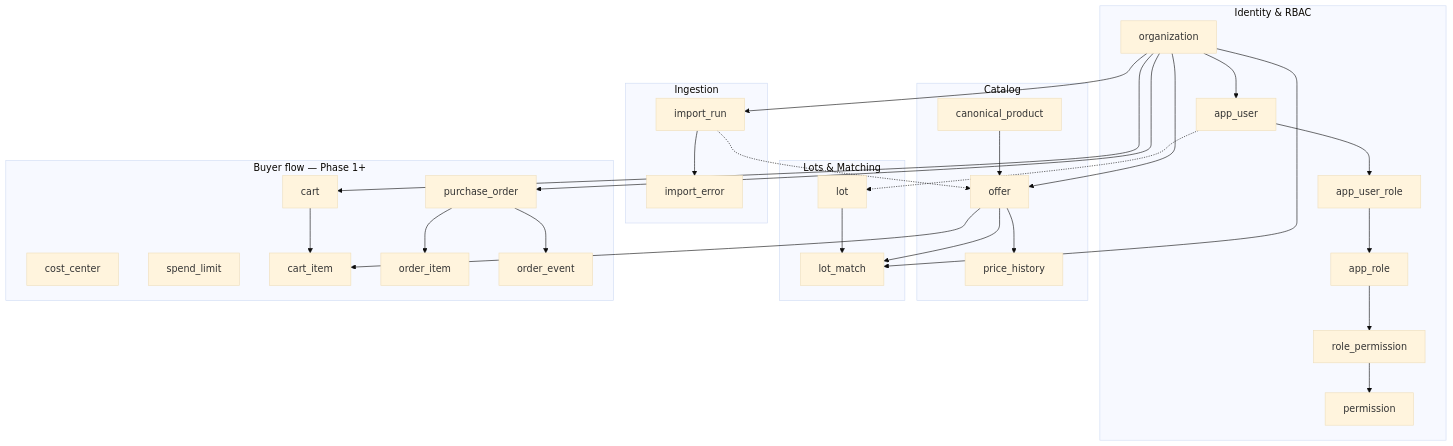
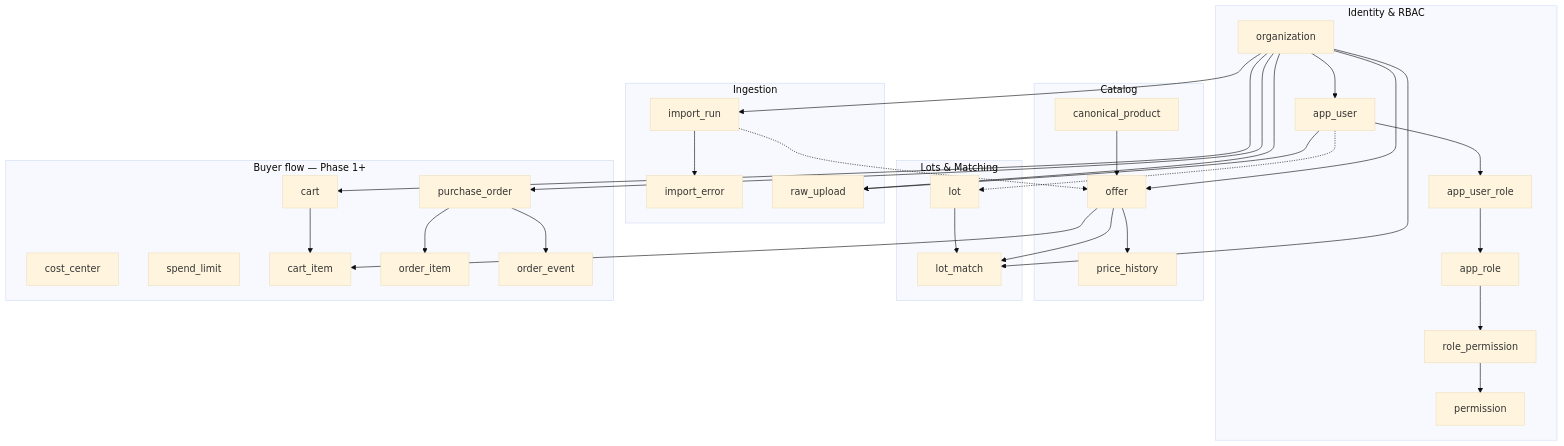
Before and after one commit to sauda-kz/sauda: the first of 2 diagrams in docs/er-diagram.md, drawn with Mermaid (base theme). The commit also changed other lines of this file and 25 other files, not shown here.

````diff
--- a/docs/er-diagram.md
+++ b/docs/er-diagram.md
@@ -24,59 +24,62 @@
 ```mermaid
 flowchart TB
     subgraph identity["Identity & RBAC"]
         organization
         app_user
         app_role
         permission
         app_user_role
         role_permission
     end
 
     subgraph catalog["Catalog"]
         canonical_product
         offer
         price_history
     end
 
     subgraph lots["Lots & Matching"]
         lot
         lot_match
     end
 
     subgraph ingest["Ingestion"]
         import_run
         import_error
+        raw_upload
     end
 
     subgraph buyer["Buyer flow — Phase 1+"]
         cost_center
         spend_limit
         cart
         cart_item
         purchase_order
         order_item
         order_event
     end
 
     organization --> app_user
     app_user --> app_user_role --> app_role
     app_role --> role_permission --> permission
 
     organization --> offer
     canonical_product --> offer
     offer --> price_history
 
     organization --> import_run --> import_error
+    organization --> raw_upload
+    app_user --> raw_upload
     import_run -.-> offer
 
     lot --> lot_match
     offer --> lot_match
     organization --> lot_match
     app_user -.-> lot
 
     organization --> cart --> cart_item
     offer --> cart_item
     organization --> purchase_order
     purchase_order --> order_item
     purchase_order --> order_event
 ```
````
